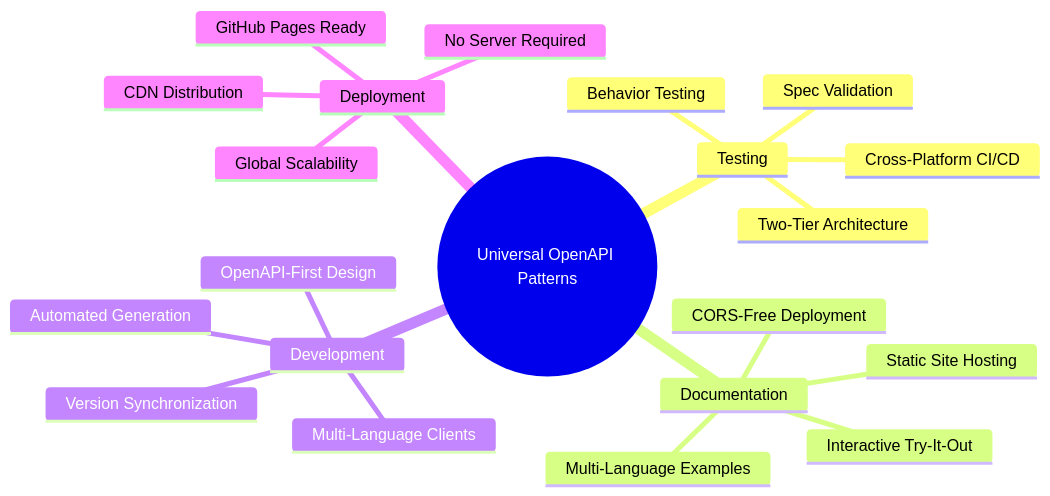
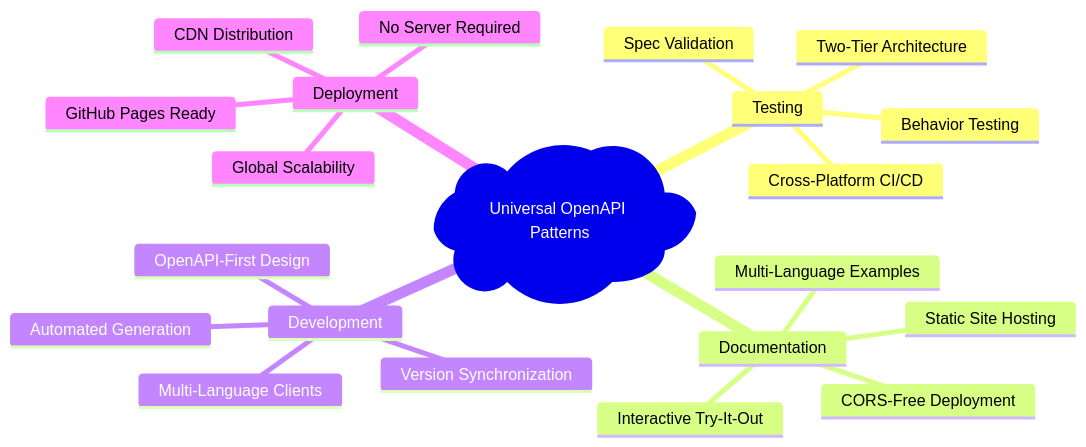
One commit to mitre/cyber-trackr-live changed the diagram in docs/patterns/universal-openapi-patterns.md. Above: the diagram before and after it, drawn with Mermaid. The commit also changed 2 other files, not shown here.

Commit message:
Docs: Fix Mermaid errors and update release process documentation
- Fix Mermaid syntax errors on main index page (remove HTML br tags and emojis)
- Update release-process.md with current working patterns
- Document OIDC trusted publishing integration
- Explain first release vs ongoing release patterns
- Add GitHub Actions workflow details
- Fix outdated workflow filename references
- Document dual-mode release task behavior (train-juniper pattern)

Authored by: Aaron Lippold<lippold@gmail.com>

````diff
--- a/docs/patterns/universal-openapi-patterns.md
+++ b/docs/patterns/universal-openapi-patterns.md
@@ -9,24 +9,24 @@
 ```mermaid
 mindmap
-  root((Universal OpenAPI Patterns))
+  root)Universal OpenAPI Patterns(
     Testing
       Two-Tier Architecture
       Spec Validation
       Behavior Testing
       Cross-Platform CI/CD
-    Documentation  
+    Documentation
       CORS-Free Deployment
       Interactive Try-It-Out
       Static Site Hosting
       Multi-Language Examples
     Development
       OpenAPI-First Design
       Version Synchronization
       Multi-Language Clients
       Automated Generation
     Deployment
       GitHub Pages Ready
       No Server Required
       CDN Distribution
       Global Scalability
 ```
````
